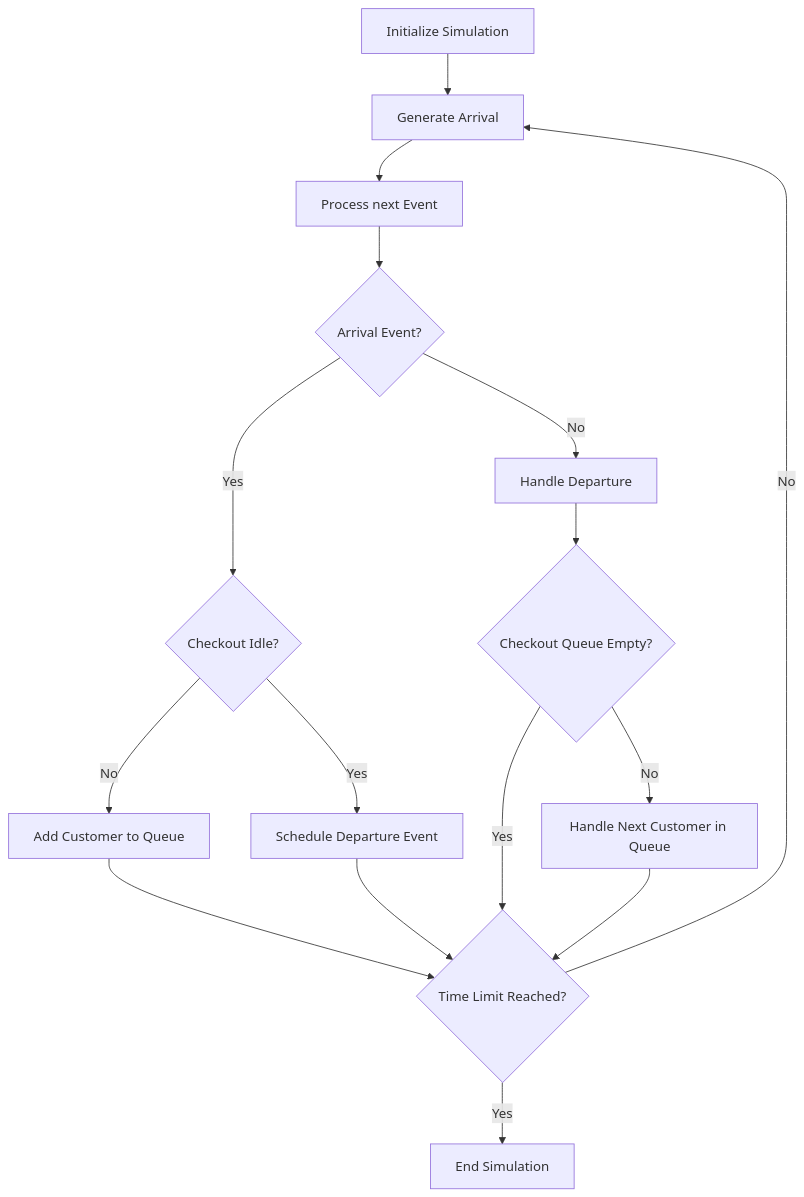
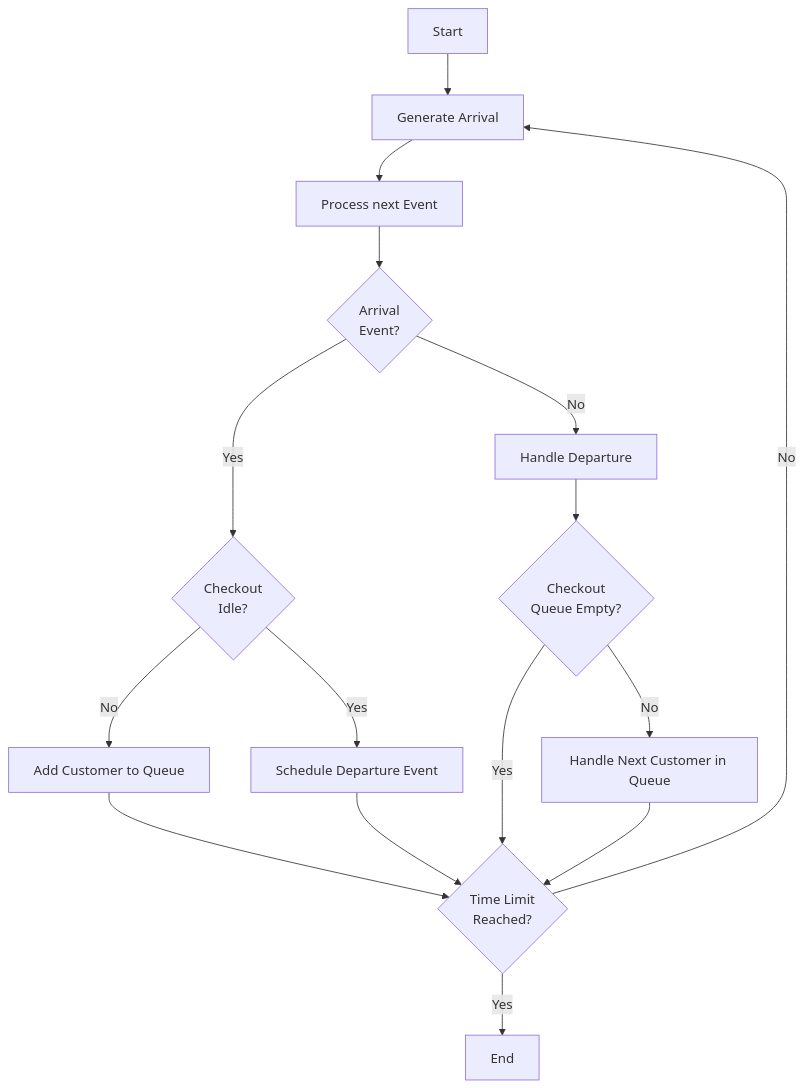
Before and after one commit to mircohoehne/grocery_store_checkout_simulation: the diagram in readme.md, drawn with Mermaid.

Commit message:
compressed flowchart

````diff
--- a/readme.md
+++ b/readme.md
@@ -17,20 +17,20 @@
 ```mermaid
 graph TD
 
-    A[Initialize Simulation] --> B[Generate Arrival]
+    A[Start] --> B[Generate Arrival]
     B --> C[Process next Event]
-    C --> N{Arrival Event?}
-    N --> |Yes| D{Checkout Idle?}
+    C --> N{Arrival <br>Event?}
+    N --> |Yes| D{Checkout <br> Idle?}
     N --> |No| F[Handle Departure]
     D --> |Yes| E[Schedule Departure Event]
     D --> |No| Z[Add Customer to Queue]
-    Z --> H{Time Limit Reached?}
+    Z --> H{Time Limit <br> Reached?}
     E --> H
-    F --> J{Checkout Queue Empty?}
+    F --> J{Checkout <br> Queue Empty?}
     J --> |Yes| H
     J --> |No| L[Handle Next Customer in Queue]
     L --> H
     H --> |No| B
-    H --> |Yes| I[End Simulation]
+    H --> |Yes| I[End]
 
 ```
````
